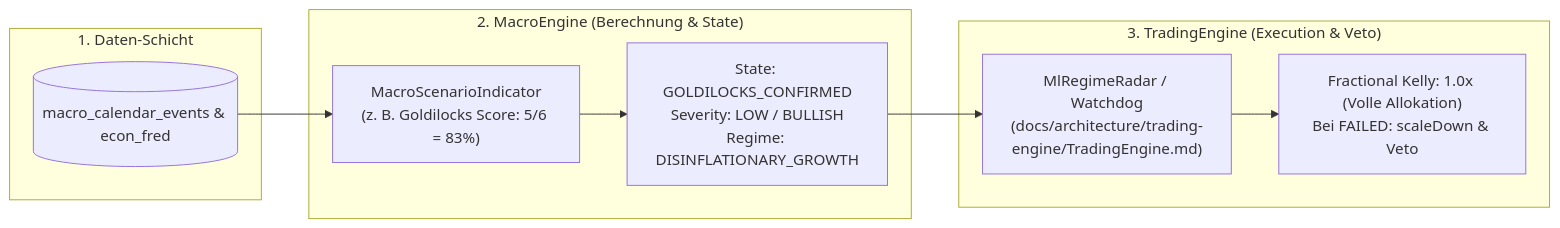
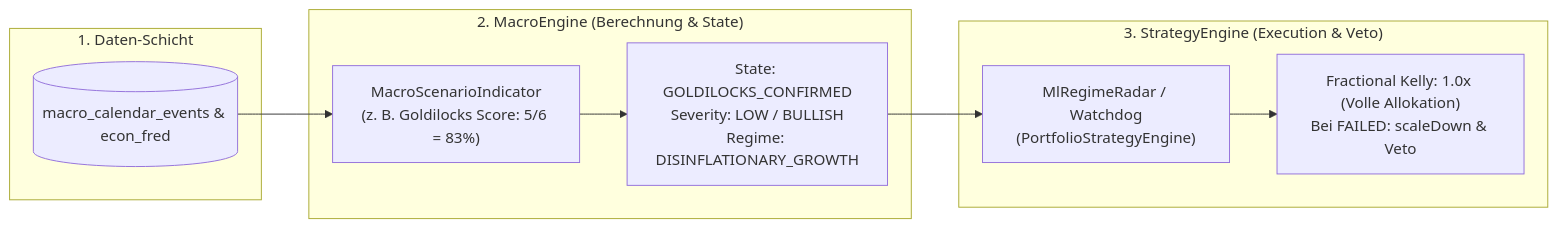
The sixth of 6 diagrams in docs/architecture/macro/Makro-Kalender-Szenarien-Konzept.md (jahnhane1980/CrashRadar), drawn with Mermaid before and after one commit. The commit also changed other lines of this file and 4 other files, not shown here.

Commit message:
docs: remove obsolete TradingEngine specification and update references

````diff
--- a/docs/architecture/macro/Makro-Kalender-Szenarien-Konzept.md
+++ b/docs/architecture/macro/Makro-Kalender-Szenarien-Konzept.md
@@ -453,21 +453,21 @@
 ```mermaid
 flowchart LR
     subgraph Data["1. Daten-Schicht"]
         DB[("macro_calendar_events & econ_fred")]
     end
 
     subgraph Macro["2. MacroEngine (Berechnung & State)"]
         Ind["MacroScenarioIndicator\n(z. B. Goldilocks Score: 5/6 = 83%)"]
         State["State: GOLDILOCKS_CONFIRMED\nSeverity: LOW / BULLISH\nRegime: DISINFLATIONARY_GROWTH"]
     end
 
-    subgraph Trading["3. TradingEngine (Execution & Veto)"]
-        Radar["MlRegimeRadar / Watchdog\n(docs/architecture/trading-engine/TradingEngine.md)"]
+    subgraph Strategy["3. StrategyEngine (Execution & Veto)"]
+        Radar["MlRegimeRadar / Watchdog\n(PortfolioStrategyEngine)"]
         Kelly["Fractional Kelly: 1.0x (Volle Allokation)\nBei FAILED: scaleDown & Veto"]
     end
 
     DB --> Ind
     Ind --> State
     State --> Radar
     Radar --> Kelly
 ```
````
